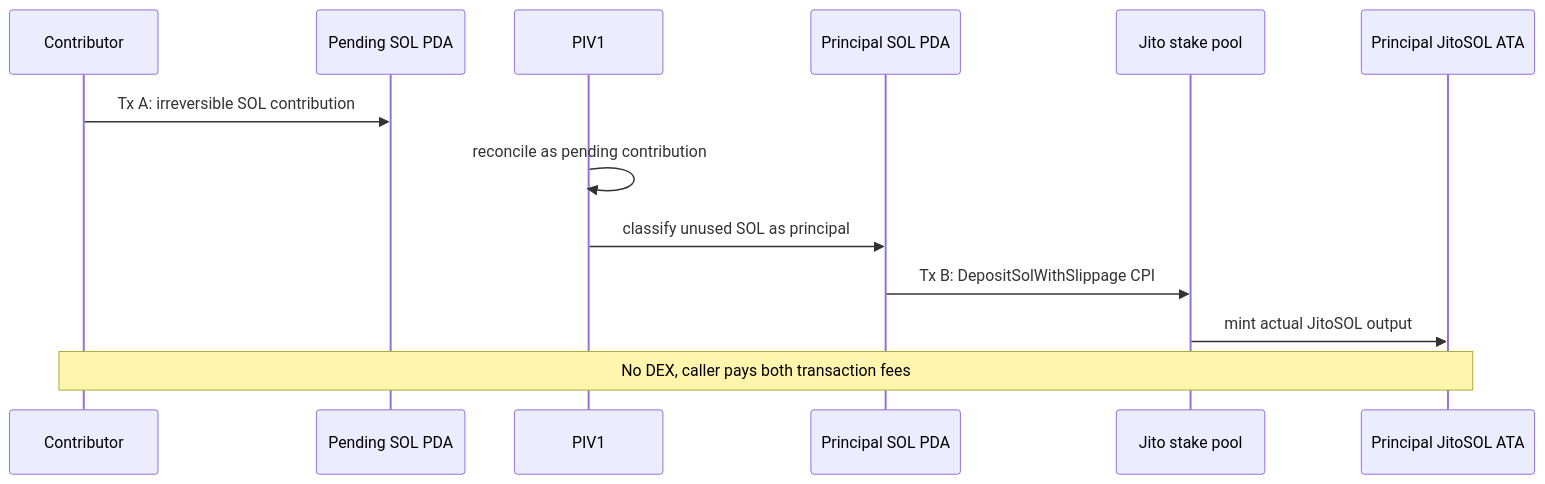
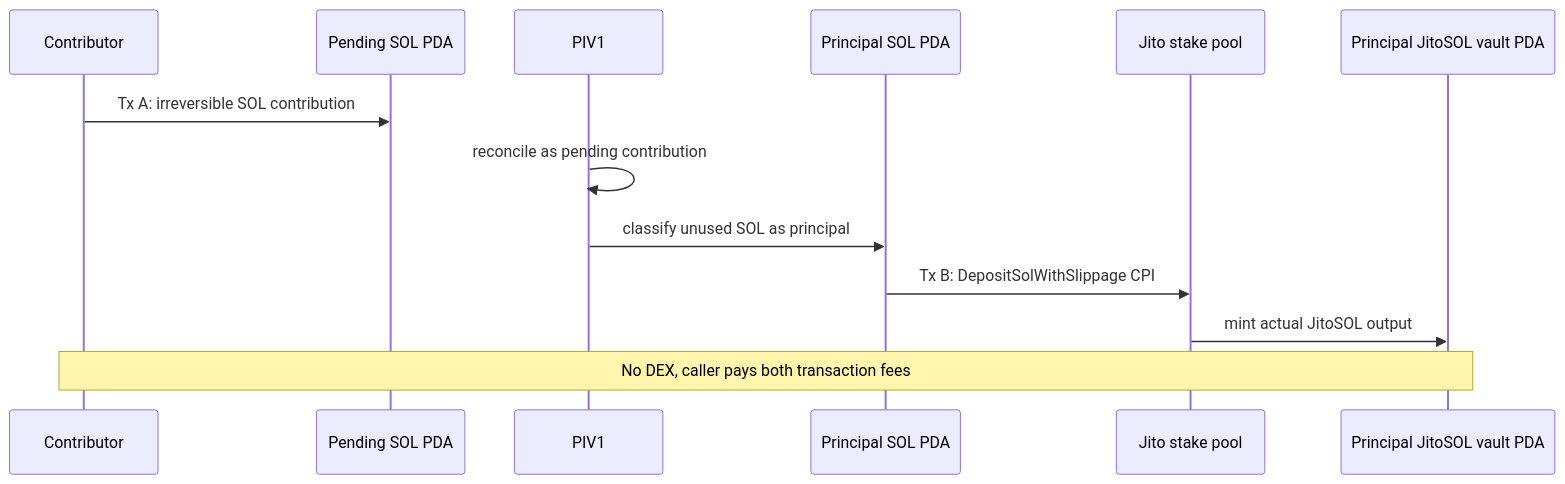
Before and after one commit to HoldTheFuckingPosition/PIV1: the first of 8 diagrams in docs/PHASE_0_VALIDATION_REPORT.md, drawn with Mermaid. The commit also changed other lines of this file, not shown here.

Commit message:
docs: correct JitoSOL vault PDA topology

```diff
--- a/docs/PHASE_0_VALIDATION_REPORT.md
+++ b/docs/PHASE_0_VALIDATION_REPORT.md
@@ -294,15 +315,15 @@
 ~~~mermaid
 sequenceDiagram
     participant C as Contributor
     participant PS as Pending SOL PDA
     participant P as PIV1
     participant QS as Principal SOL PDA
     participant J as Jito stake pool
-    participant PJ as Principal JitoSOL ATA
+    participant PJ as Principal JitoSOL vault PDA
     C->>PS: Tx A: irreversible SOL contribution
     P->>P: reconcile as pending contribution
     P->>QS: classify unused SOL as principal
     QS->>J: Tx B: DepositSolWithSlippage CPI
     J->>PJ: mint actual JitoSOL output
     Note over C,PJ: No DEX, caller pays both transaction fees
 ~~~
```
